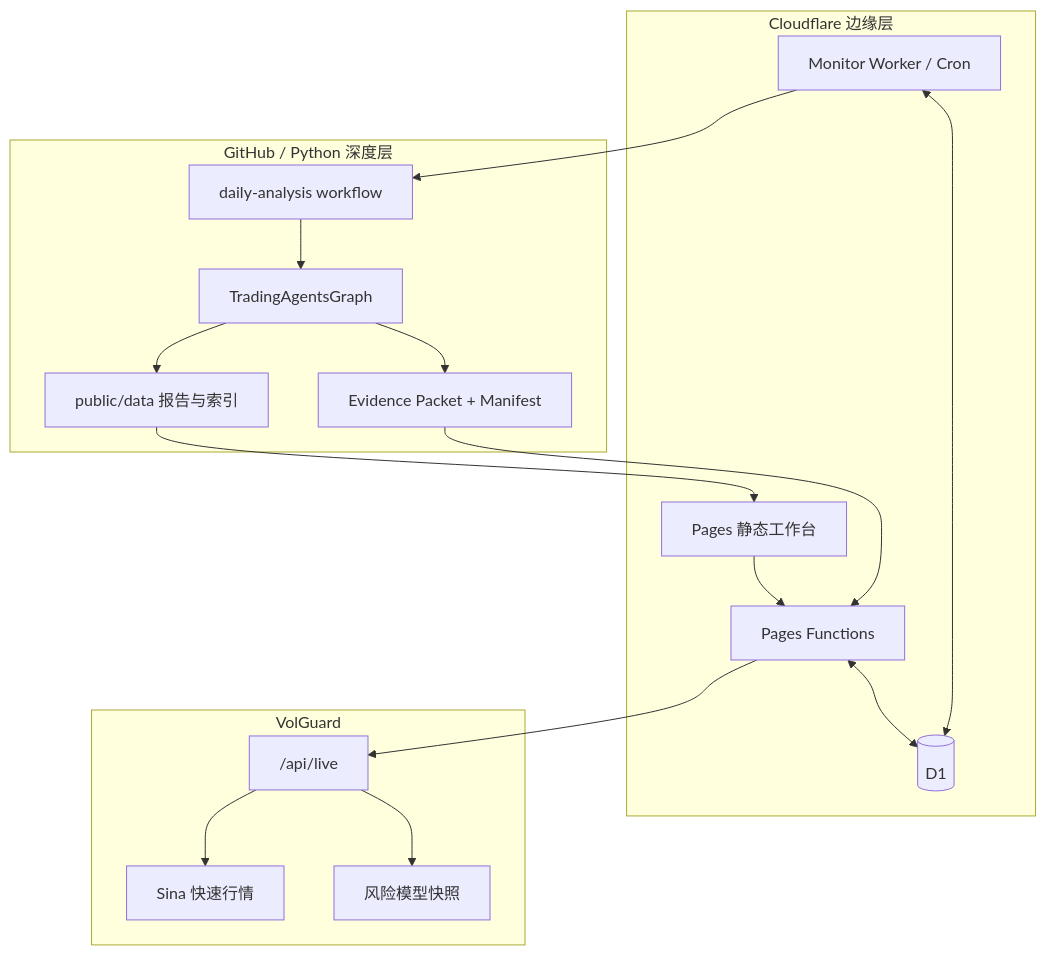
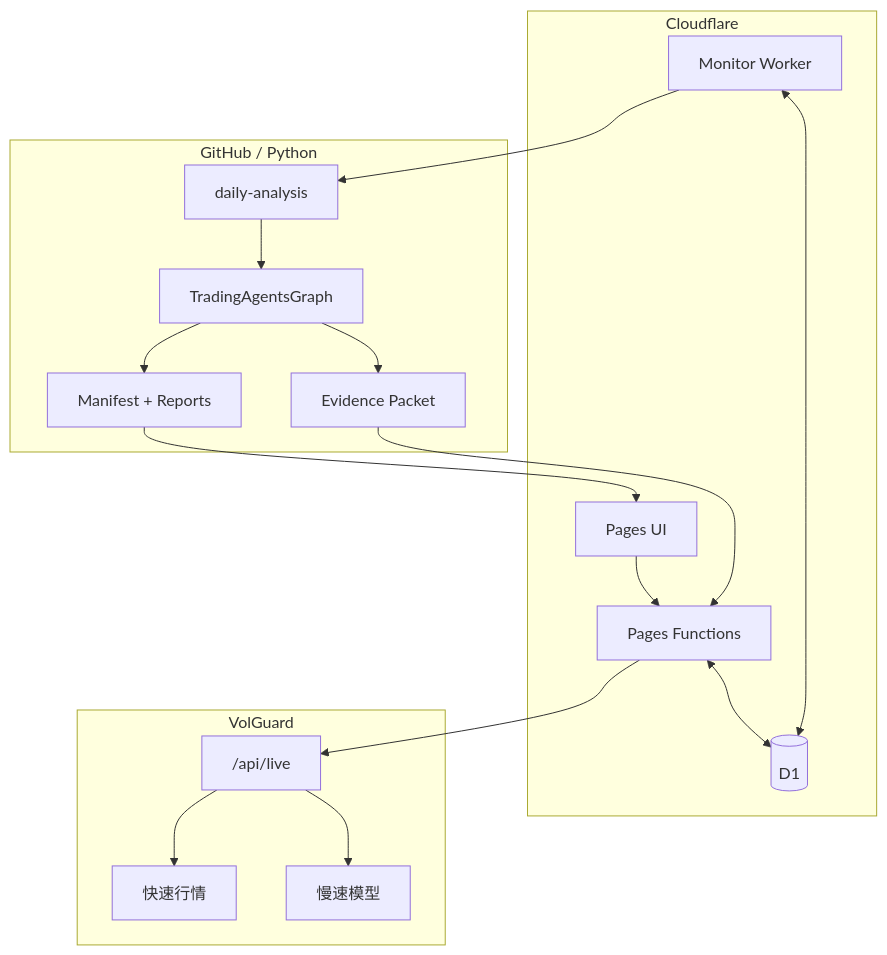
One commit to gaaiyun/TradingWorkbench changed the first of 8 diagrams in docs/architecture-and-data-flows.md. Above: the diagram before and after it, drawn with Mermaid. The commit also changed other lines of this file and 4 other files, not shown here.

````diff
--- a/docs/architecture-and-data-flows.md
+++ b/docs/architecture-and-data-flows.md
@@ -19,32 +18,35 @@
 ```mermaid
 flowchart TB
-    subgraph Edge["Cloudflare 边缘层"]
-        UI["Pages 静态工作台"]
+    subgraph Edge["Cloudflare"]
+        UI["Pages UI"]
         API["Pages Functions"]
-        CRON["Monitor Worker / Cron"]
-        D1[("D1")]
+        W["Monitor Worker"]
+        D[("D1")]
     end
 
-    subgraph Research["GitHub / Python 深度层"]
-        WF["daily-analysis workflow"]
+    subgraph Research["GitHub / Python"]
+        GH["daily-analysis"]
         TA["TradingAgentsGraph"]
-        REP["public/data 报告与索引"]
-        EV["Evidence Packet + Manifest"]
+        EV["Evidence Packet"]
+        MF["Manifest + Reports"]
     end
 
     subgraph Options["VolGuard"]
-        LIVE["/api/live"]
-        FAST["Sina 快速行情"]
-        SLOW["风险模型快照"]
+        VL["/api/live"]
+        FAST["快速行情"]
+        SLOW["慢速模型"]
     end
 
     UI --> API
-    API <--> D1
-    CRON <--> D1
-    CRON --> WF
-    WF --> TA --> REP --> UI
-    TA --> EV --> API
-    API --> LIVE
-    LIVE --> FAST
-    LIVE --> SLOW
+    API <--> D
+    W <--> D
+    W --> GH
+    GH --> TA
+    TA --> EV
+    TA --> MF
+    EV --> API
+    MF --> UI
+    API --> VL
+    VL --> FAST
+    VL --> SLOW
 ```
````
